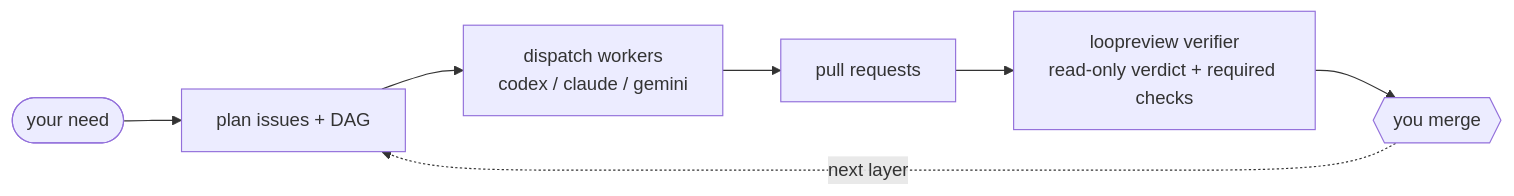
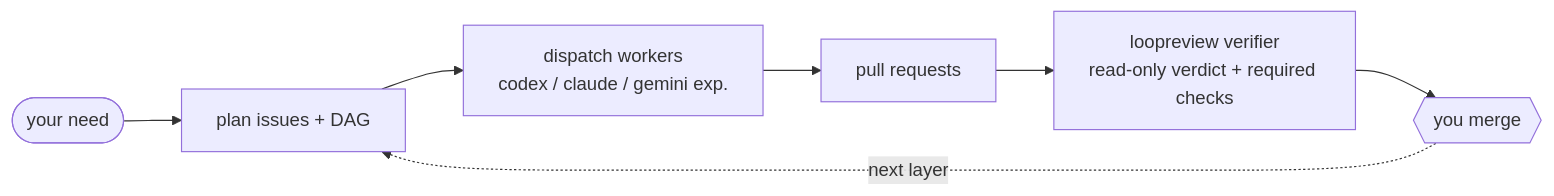
The diagram in README.md (jasonhnd/loopcoder), drawn with Mermaid before and after one commit. The commit also changed other lines of this file and 2 other files, not shown here.

Commit message:
Docs honesty pass before v0.3.0: label gemini + loopreview LLM verification accurately (closes #163) (#164)

````diff
--- a/README.md
+++ b/README.md
@@ -24,9 +24,9 @@
 ```mermaid
 flowchart LR
   need([your need]) --> plan[plan issues + DAG]
-  plan --> dispatch[dispatch workers<br/>codex / claude / gemini]
+  plan --> dispatch[dispatch workers<br/>codex / claude / gemini exp.]
   dispatch --> pr[pull requests]
   pr --> review[loopreview verifier<br/>read-only verdict + required checks]
   review --> gate{{you merge}}
   gate -. next layer .-> plan
 ```
````
